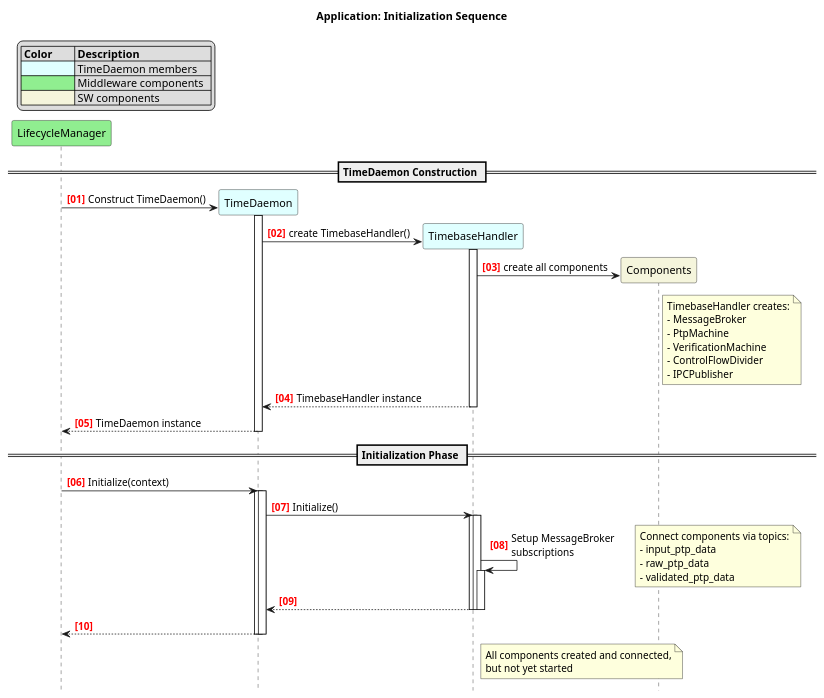
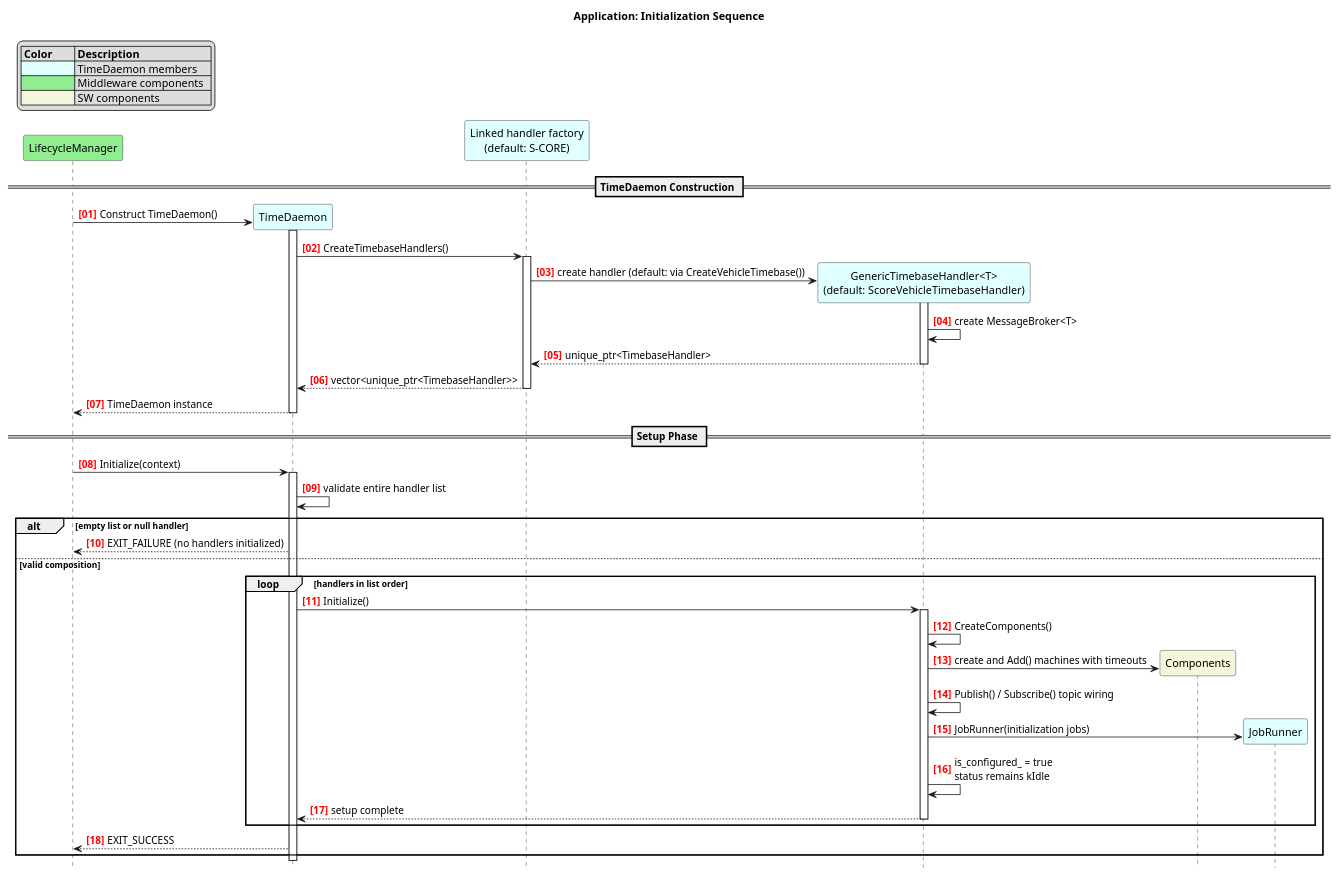
The diagram in score/time_daemon/docs/detailed_design/_assets/app/app_init_seq.puml (eclipse-score/time), drawn with PlantUML before and after one commit. The commit also changed 53 other files, not shown here.

First line of the commit message:
Add a generic timebase handler to TimeDaemon (#244)

```diff
--- a/score/time_daemon/docs/detailed_design/_assets/app/app_init_seq.puml
+++ b/score/time_daemon/docs/detailed_design/_assets/app/app_init_seq.puml
@@ -14,71 +14,68 @@
 @startuml app_init_seq_diagram
 
 title Application: Initialization Sequence
 
 hide footbox
-autoactivate on
 
 autonumber "<font color=red><b>[00]"
 
 legend top left
     |= Color        |= Description           |
     |<#LightCyan>   | TimeDaemon members     |
     |<#LightGreen>  | Middleware components  |
     |<#Beige>       | SW components          |
 endlegend
 
 participant "LifecycleManager" as lcm #LightGreen
-participant "TimeDaemon" as vtd_app #LightCyan
-participant "TimebaseHandler" as tb_handler #LightCyan
+participant "TimeDaemon" as td_app #LightCyan
+participant "Linked handler factory\n(default: S-CORE)" as factory #LightCyan
+participant "GenericTimebaseHandler<T>\n(default: ScoreVehicleTimebaseHandler)" as tb_handler #LightCyan
 participant "Components" as components #Beige
+participant "JobRunner" as runner #LightCyan
 
 == TimeDaemon Construction ==
 
-lcm -> vtd_app ** : Construct TimeDaemon()
-activate vtd_app
-vtd_app -> tb_handler ** : create TimebaseHandler()
+lcm -> td_app ** : Construct TimeDaemon()
+activate td_app
+td_app -> factory : CreateTimebaseHandlers()
+activate factory
+factory -> tb_handler ** : create handler (default: via CreateVehicleTimebase())
 activate tb_handler
 
-tb_handler -> components ** : create all components
-note right of components
-    TimebaseHandler creates:
-    - MessageBroker
-    - PtpMachine
-    - VerificationMachine
-    - ControlFlowDivider
-    - IPCPublisher
-end note
+tb_handler -> tb_handler : create MessageBroker<T>
 
-tb_handler --> vtd_app : TimebaseHandler instance
+tb_handler --> factory : unique_ptr<TimebaseHandler>
 deactivate tb_handler
-vtd_app --> lcm : TimeDaemon instance
-deactivate vtd_app
+factory --> td_app : vector<unique_ptr<TimebaseHandler>>
+deactivate factory
+td_app --> lcm : TimeDaemon instance
+deactivate td_app
 
-== Initialization Phase ==
+== Setup Phase ==
 
-lcm -> vtd_app : Initialize(context)
-activate vtd_app
+lcm -> td_app : Initialize(context)
+activate td_app
+td_app -> td_app : validate entire handler list
 
-vtd_app -> tb_handler : Initialize()
-activate tb_handler
+alt empty list or null handler
+    td_app --> lcm : EXIT_FAILURE (no handlers initialized)
+else valid composition
+    loop handlers in list order
+        td_app -> tb_handler : Initialize()
+        activate tb_handler
 
-tb_handler -> tb_handler : Setup MessageBroker\nsubscriptions
-note right
-    Connect components via topics:
-    - input_ptp_data
-    - raw_ptp_data
-    - validated_ptp_data
-end note
+        tb_handler -> tb_handler : CreateComponents()
+        tb_handler -> components ** : create and Add() machines with timeouts
+        tb_handler -> tb_handler : Publish() / Subscribe() topic wiring
+        tb_handler -> runner ** : JobRunner(initialization jobs)
+        tb_handler -> tb_handler : is_configured_ = true\nstatus remains kIdle
 
-tb_handler --> vtd_app
-deactivate tb_handler
+        tb_handler --> td_app : setup complete
+        deactivate tb_handler
+    end
 
-vtd_app --> lcm
-deactivate vtd_app
-
-note right of tb_handler
-    All components created and connected,
-    but not yet started
-end note
+    td_app --> lcm : EXIT_SUCCESS
+end
+deactivate td_app
 
 @enduml
```
